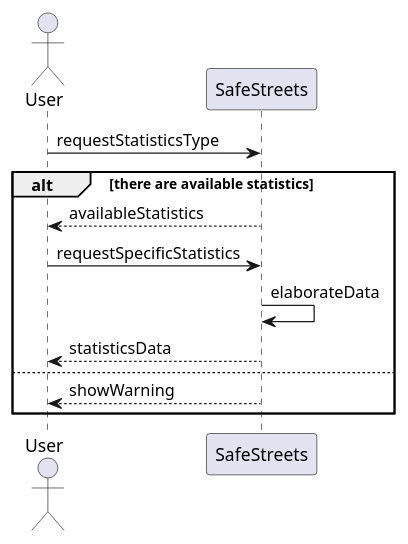
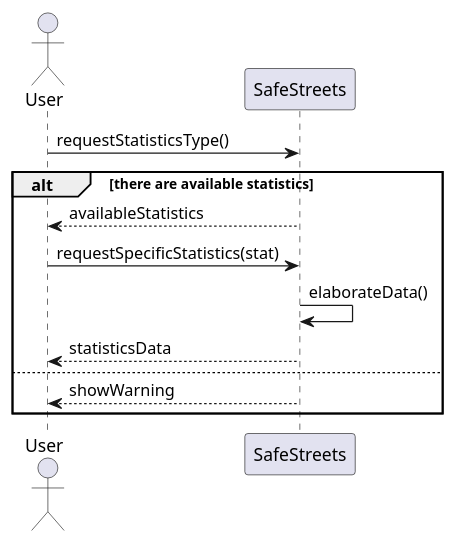
One commit to fuljo/FulginiDiCesare-SE2 changed the diagram in diagrams/rasd_sequence_diagram_uc_1_4.wsd. Above: the diagram before and after it, drawn with PlantUML. The commit also changed 9 other files, not shown here.

```diff
--- a/diagrams/rasd_sequence_diagram_uc_1_4.wsd
+++ b/diagrams/rasd_sequence_diagram_uc_1_4.wsd
@@ -1,17 +1,17 @@
 @startuml rasd_sequence_diagram_uc_1_4
 skinparam Shadowing false
 
 actor User as U
 participant SafeStreets as SS
 
-U -> SS : requestStatisticsType
+U -> SS : requestStatisticsType()
 alt there are available statistics
 SS --> U : availableStatistics
-U -> SS : requestSpecificStatistics
-SS -> SS : elaborateData
+U -> SS : requestSpecificStatistics(stat)
+SS -> SS : elaborateData()
 SS --> U : statisticsData
 else
 SS --> U : showWarning
 end
 
 @enduml
```
